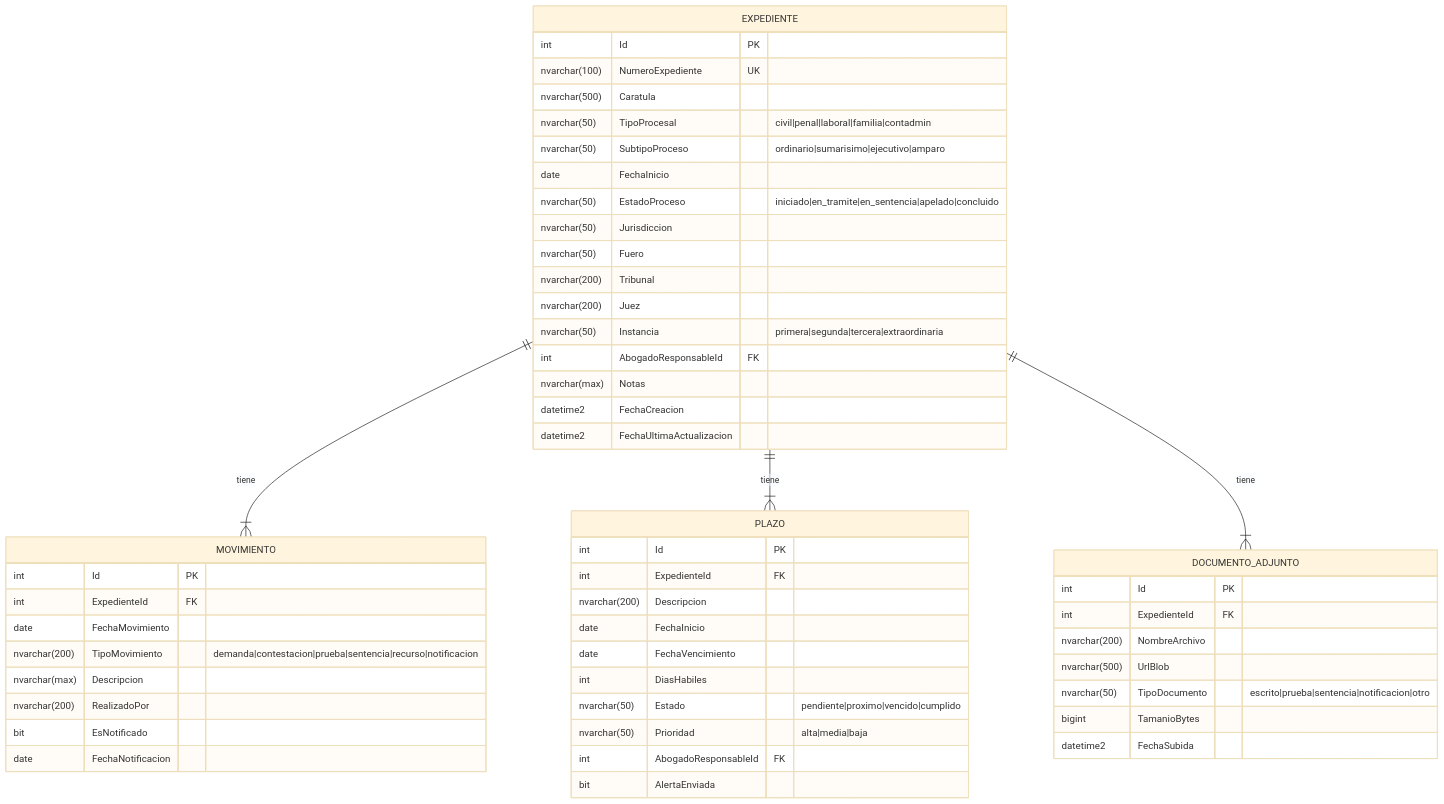
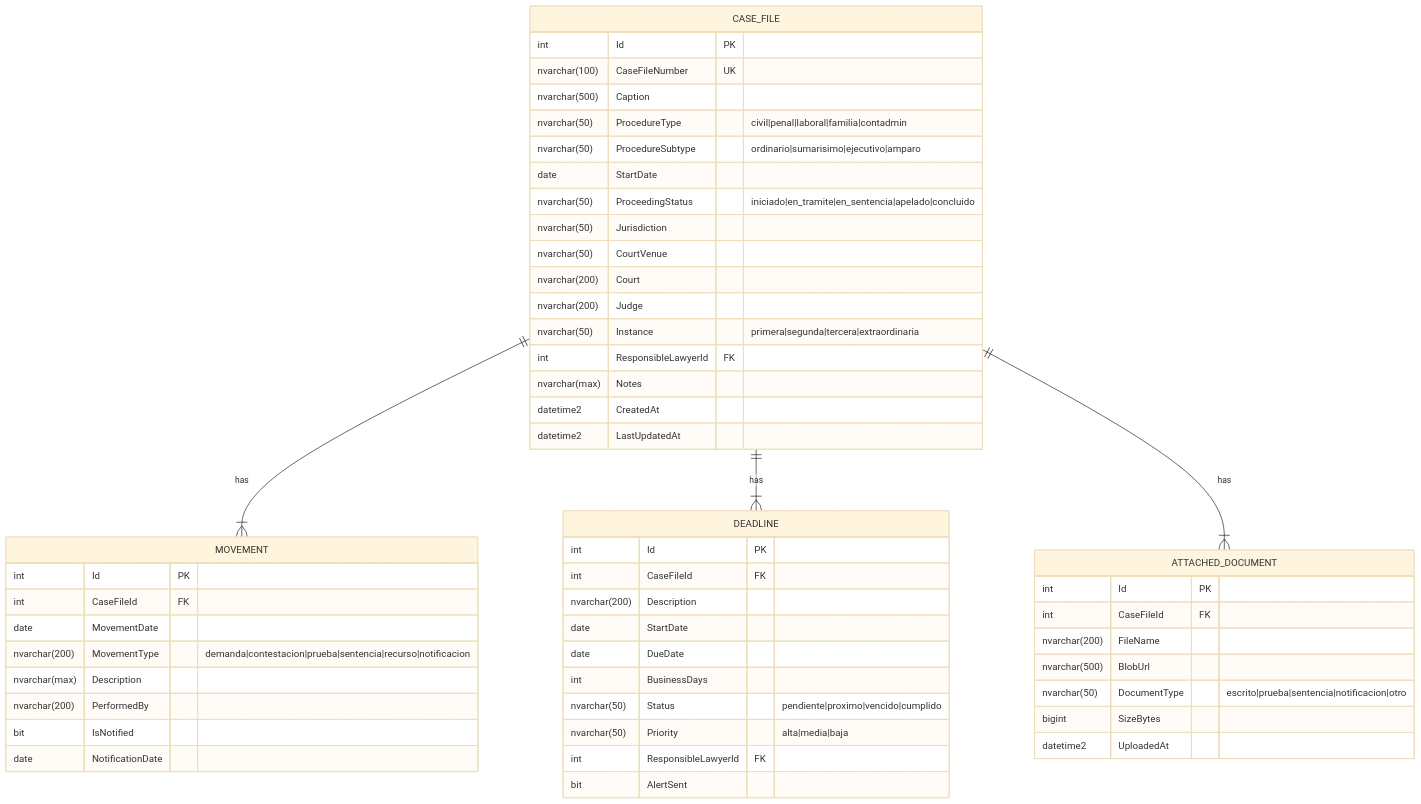
One commit to pablonux/legal-ai-ar changed the sixth of 13 diagrams in docs/roadmap/F00 - Development Environment and Structure/F00 - W01 - Comprehensive Documentation.md. Above: the diagram before and after it, drawn with Mermaid (base theme). The commit also changed other lines of this file and 8 other files, not shown here.

````diff
--- a/docs/roadmap/F00 - Development Environment and Structure/F00 - W01 - Comprehensive Documentation.md
+++ b/docs/roadmap/F00 - Development Environment and Structure/F00 - W01 - Comprehensive Documentation.md
@@ -581,59 +583,59 @@
 ```mermaid
 erDiagram
-    EXPEDIENTE {
+    CASE_FILE {
         int Id PK
-        nvarchar(100) NumeroExpediente UK
-        nvarchar(500) Caratula
-        nvarchar(50) TipoProcesal "civil|penal|laboral|familia|contadmin"
-        nvarchar(50) SubtipoProceso "ordinario|sumarisimo|ejecutivo|amparo"
-        date FechaInicio
-        nvarchar(50) EstadoProceso "iniciado|en_tramite|en_sentencia|apelado|concluido"
-        nvarchar(50) Jurisdiccion
-        nvarchar(50) Fuero
-        nvarchar(200) Tribunal
-        nvarchar(200) Juez
-        nvarchar(50) Instancia "primera|segunda|tercera|extraordinaria"
-        int AbogadoResponsableId FK
-        nvarchar(max) Notas
-        datetime2 FechaCreacion
-        datetime2 FechaUltimaActualizacion
+        nvarchar(100) CaseFileNumber UK
+        nvarchar(500) Caption
+        nvarchar(50) ProcedureType "civil|penal|laboral|familia|contadmin"
+        nvarchar(50) ProcedureSubtype "ordinario|sumarisimo|ejecutivo|amparo"
+        date StartDate
+        nvarchar(50) ProceedingStatus "iniciado|en_tramite|en_sentencia|apelado|concluido"
+        nvarchar(50) Jurisdiction
+        nvarchar(50) CourtVenue
+        nvarchar(200) Court
+        nvarchar(200) Judge
+        nvarchar(50) Instance "primera|segunda|tercera|extraordinaria"
+        int ResponsibleLawyerId FK
+        nvarchar(max) Notes
+        datetime2 CreatedAt
+        datetime2 LastUpdatedAt
     }
 
-    MOVIMIENTO {
+    MOVEMENT {
         int Id PK
-        int ExpedienteId FK
-        date FechaMovimiento
-        nvarchar(200) TipoMovimiento "demanda|contestacion|prueba|sentencia|recurso|notificacion"
-        nvarchar(max) Descripcion
-        nvarchar(200) RealizadoPor
-        bit EsNotificado
-        date FechaNotificacion
+        int CaseFileId FK
+        date MovementDate
+        nvarchar(200) MovementType "demanda|contestacion|prueba|sentencia|recurso|notificacion"
+        nvarchar(max) Description
+        nvarchar(200) PerformedBy
+        bit IsNotified
+        date NotificationDate
     }
 
-    PLAZO {
+    DEADLINE {
         int Id PK
-        int ExpedienteId FK
-        nvarchar(200) Descripcion
-        date FechaInicio
-        date FechaVencimiento
-        int DiasHabiles
-        nvarchar(50) Estado "pendiente|proximo|vencido|cumplido"
-        nvarchar(50) Prioridad "alta|media|baja"
-        int AbogadoResponsableId FK
-        bit AlertaEnviada
+        int CaseFileId FK
+        nvarchar(200) Description
+        date StartDate
+        date DueDate
+        int BusinessDays
+        nvarchar(50) Status "pendiente|proximo|vencido|cumplido"
+        nvarchar(50) Priority "alta|media|baja"
+        int ResponsibleLawyerId FK
+        bit AlertSent
     }
 
-    DOCUMENTO_ADJUNTO {
+    ATTACHED_DOCUMENT {
         int Id PK
-        int ExpedienteId FK
-        nvarchar(200) NombreArchivo
-        nvarchar(500) UrlBlob
-        nvarchar(50) TipoDocumento "escrito|prueba|sentencia|notificacion|otro"
-        bigint TamanioBytes
-        datetime2 FechaSubida
+        int CaseFileId FK
+        nvarchar(200) FileName
+        nvarchar(500) BlobUrl
+        nvarchar(50) DocumentType "escrito|prueba|sentencia|notificacion|otro"
+        bigint SizeBytes
+        datetime2 UploadedAt
     }
 
-    EXPEDIENTE ||--|{ MOVIMIENTO : "tiene"
-    EXPEDIENTE ||--|{ PLAZO : "tiene"
-    EXPEDIENTE ||--|{ DOCUMENTO_ADJUNTO : "tiene"
+    CASE_FILE ||--|{ MOVEMENT : "has"
+    CASE_FILE ||--|{ DEADLINE : "has"
+    CASE_FILE ||--|{ ATTACHED_DOCUMENT : "has"
 ```
````
